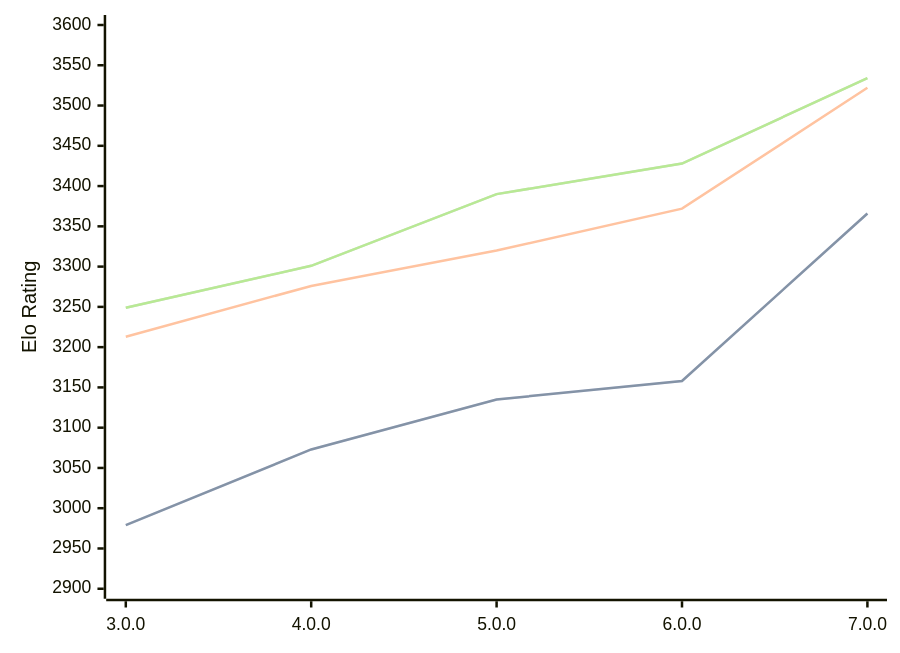
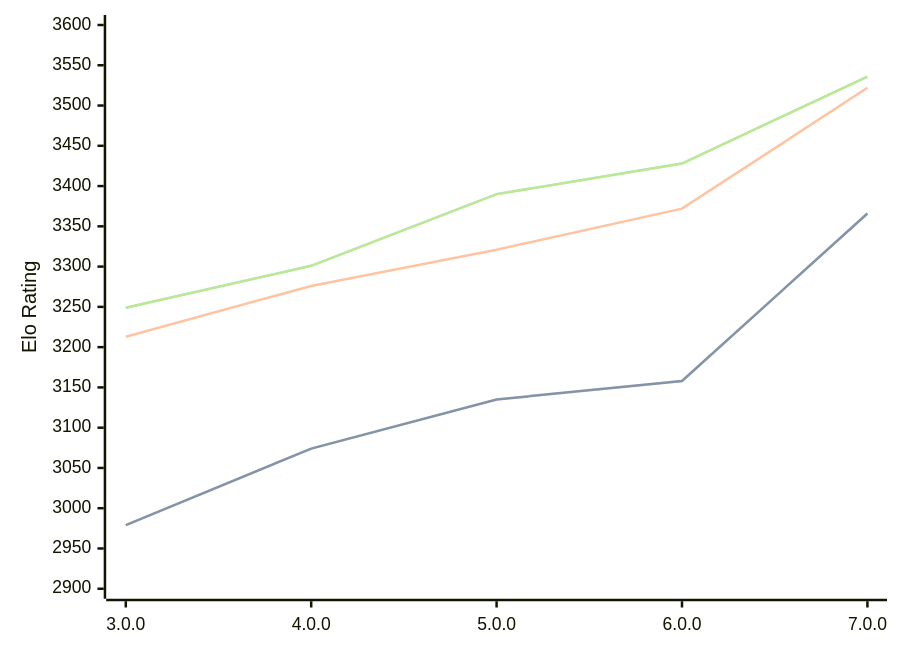
The diagram in engines/Minke.md (computer-chess-index/cci), drawn with Mermaid before and after one commit. The commit also changed other lines of this file, not shown here.

Commit message:
Update CCI Ratings (ELO VLTC) - 2026-09-10

````diff
--- a/engines/Minke.md
+++ b/engines/Minke.md
@@ -35,11 +35,11 @@
 ```mermaid
 %%{init: {"theme":"base","themeVariables":{"seriesColors:['#a3a3a3','#222221','#faa371']}}}%%
 xychart-beta
   x-axis ["3.0.0", "4.0.0", "5.0.0", "6.0.0", "7.0.0"]
   y-axis "Elo Rating" 2900 --> 3600
-  line "" [2979, 3073, 3135, 3158, 3366]
-  line "STC (8.0+0.08s)" [2979, 3073, 3135, 3158, 3366]
-  line "LTC (60.0+0.60s)" [3213, 3276, 3320, 3372, 3522]
-  line "" [3249, 3301, 3390, 3428, 3534]
-  line "VLTC (2m24s+1.12s)" [3249, 3301, 3390, 3428, 3534]
+  line "" [2979, 3074, 3135, 3158, 3366]
+  line "STC (8.0+0.08s)" [2979, 3074, 3135, 3158, 3366]
+  line "LTC (60.0+0.60s)" [3213, 3276, 3321, 3372, 3522]
+  line "" [3249, 3301, 3390, 3428, 3536]
+  line "VLTC (2m24s+1.12s)" [3249, 3301, 3390, 3428, 3536]
 ```
````
